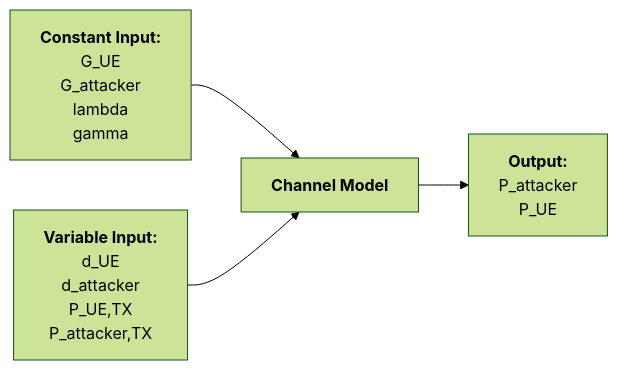
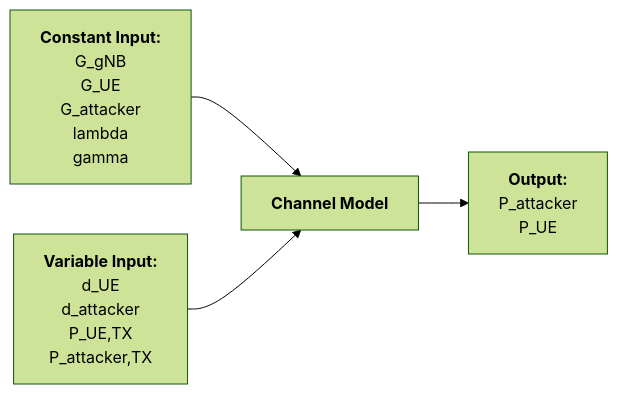
The seventh of 7 diagrams in docs/20250310 Thesis (Basic Msg1 Model).md (bmw-ece-ntust/wilfrid-prach-attack-analysis), drawn with Mermaid (forest theme) before and after one commit. The commit also changed other lines of this file, not shown here.

````diff
--- a/docs/20250310 Thesis (Basic Msg1 Model).md
+++ b/docs/20250310 Thesis (Basic Msg1 Model).md
@@ -328,20 +329,21 @@
 ```mermaid
 flowchart LR
     inputC["`**Constant Input:**
+    G_gNB
     G_UE
     G_attacker
     lambda
     gamma`"]
     inputV["`**Variable Input:**
     d_UE
     d_attacker
     P_UE,TX
     P_attacker,TX`"]
     process["`**Channel Model**`"]
     output["`**Output:**
     P_attacker
     P_UE`"]
     inputC --> process
     inputV --> process
     process --> output
 ```
````
